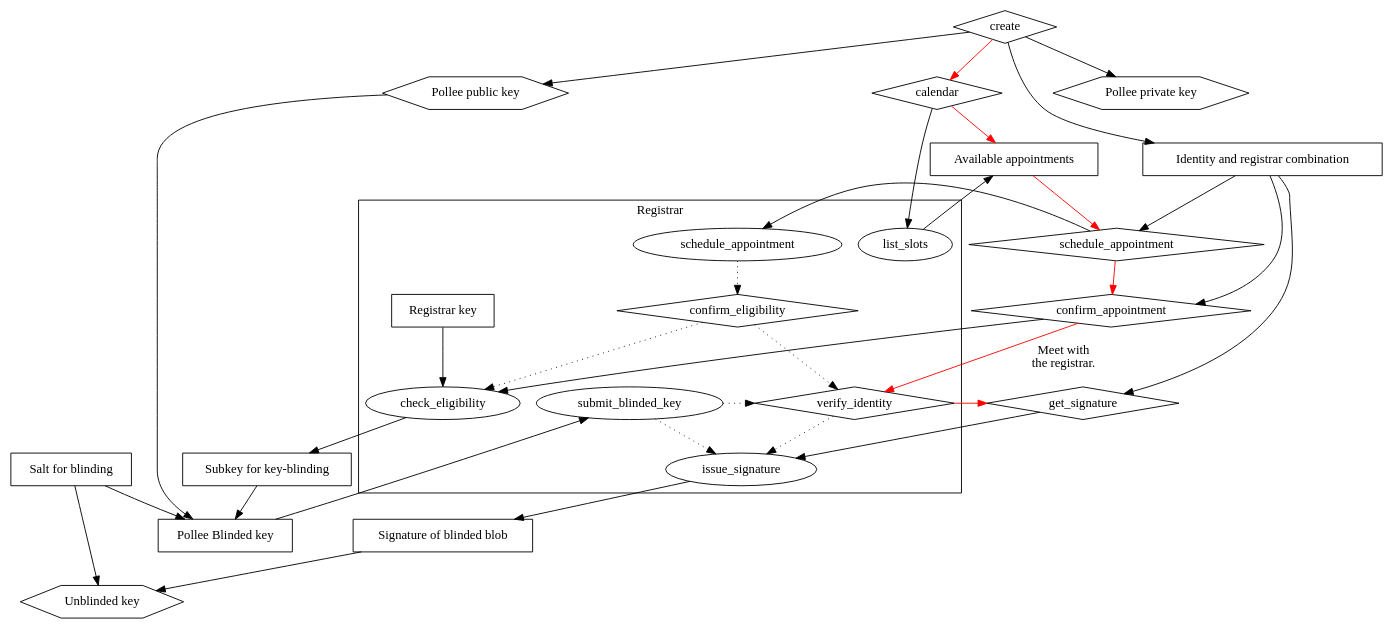
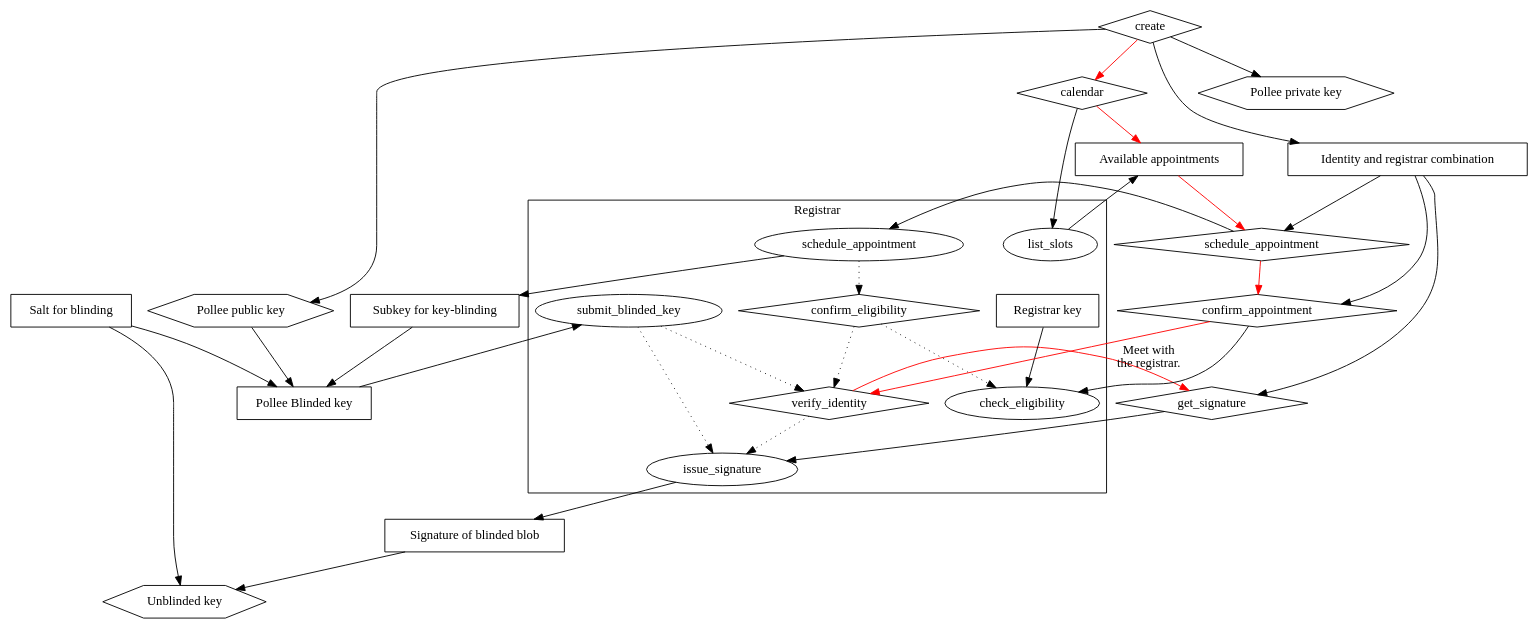
The diagram in doc/registration.dot (securepollingsystem/securepolling), drawn with Graphviz before and after one commit. The commit also changed 2 other files, not shown here.

```diff
--- a/doc/registration.dot
+++ b/doc/registration.dot
@@ -1,92 +1,92 @@
 /*
 
 Solid
   Explicit data flow
 Dotted
   Data dependencies that are stored in the registrar's database
 Red
   Steps of the human-facing pollee procedure
 
 Diamond
   User interface
 Ellipse
   Computer interface
 Box
   Datum
 Hexagon
   Output datum for the other pollee features (screed and tally)
 
 */
 
 // Registrar process
 digraph {
   subgraph cluster_Registrar {
     label="Registrar"
     r_list_slots [label="list_slots"]
     r_schedule_appointment [label="schedule_appointment"]
     r_verify_identity [label="verify_identity" shape="diamond"]
     r_check_eligibility [label="check_eligibility"]
     r_issue_signature [label="issue_signature"]
     r_submit_blinded_key [label="submit_blinded_key"]
     r_confirm_eligibility -> r_check_eligibility [style="dotted"]
     r_confirm_eligibility [label="confirm_eligibility" shape="diamond"]
     r_schedule_appointment -> r_confirm_eligibility -> r_verify_identity -> r_issue_signature [style="dotted"]
-    r_submit_blinded_key -> r_verify_identity [style="dotted" constraint="false"]
+    r_submit_blinded_key -> r_verify_identity [style="dotted"]
     r_submit_blinded_key -> r_issue_signature [style="dotted"]
     r_key [shape="box" label="Registrar key"]
   }
 
   // Step 1
   create [shape="diamond"]
   Identity [label="Identity and registrar combination" shape="box"]
 
   create -> Identity
 
 //keygen [shape="diamond"]
   Public [label="Pollee public key"]
   Private [label="Pollee private key"]
 
 //keygen -> Public
 //keygen -> Private
   create -> Public
   create -> Private
   Public, Private [shape="hexagon"]
 
   calendar [shape="diamond"]
   Appointments [label="Available appointments" shape="box"]
   calendar -> r_list_slots -> Appointments
   calendar -> Appointments -> schedule_appointment [color="red"]
 
   Subkey [label="Subkey for key-blinding" shape="box"]
   Salt [label="Salt for blinding" shape="box"]
 
   Blinded [label="Pollee Blinded key" shape="box"]
   Public -> Blinded
   Subkey -> Blinded
   Salt -> Blinded
   Blinded
 
   schedule_appointment, get_signature [shape="diamond"]
   Identity -> get_signature
   Identity -> schedule_appointment
-  schedule_appointment -> r_schedule_appointment
+  schedule_appointment -> r_schedule_appointment -> Subkey
   create -> calendar [color="red"]
   schedule_appointment -> confirm_appointment [color="red"]
   r_verify_identity -> get_signature [color="red"]
   confirm_appointment -> r_verify_identity [label="Meet with\nthe registrar." color="red"]
   get_signature -> r_issue_signature
   Identity -> confirm_appointment
   confirm_appointment [shape="diamond"]
 
   Blinded -> r_submit_blinded_key
 
   r_key -> r_check_eligibility
-  confirm_appointment -> r_check_eligibility -> Subkey
+  confirm_appointment -> r_check_eligibility
   r_issue_signature -> SignedBlinded
   SignedBlinded [label="Signature of blinded blob" shape="box"]
 
   Salt -> Unblinded
   SignedBlinded -> Unblinded
 
   Unblinded [shape="hexagon" label="Unblinded key"]
 }
```
